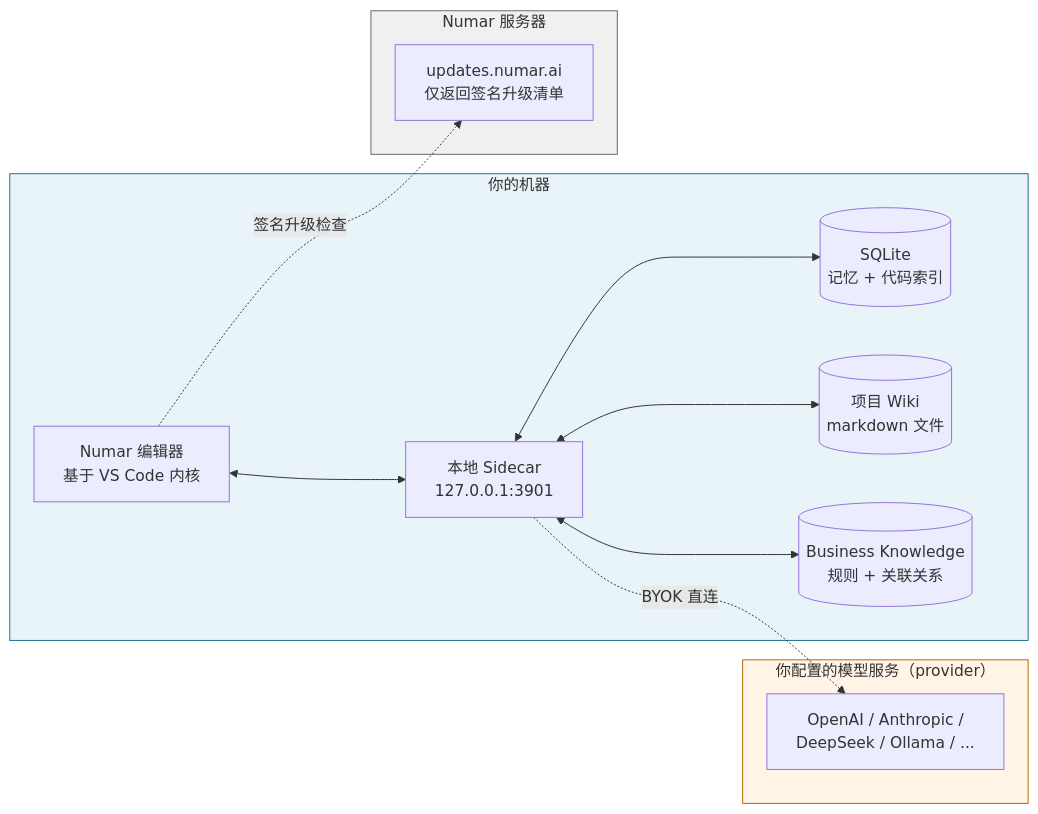
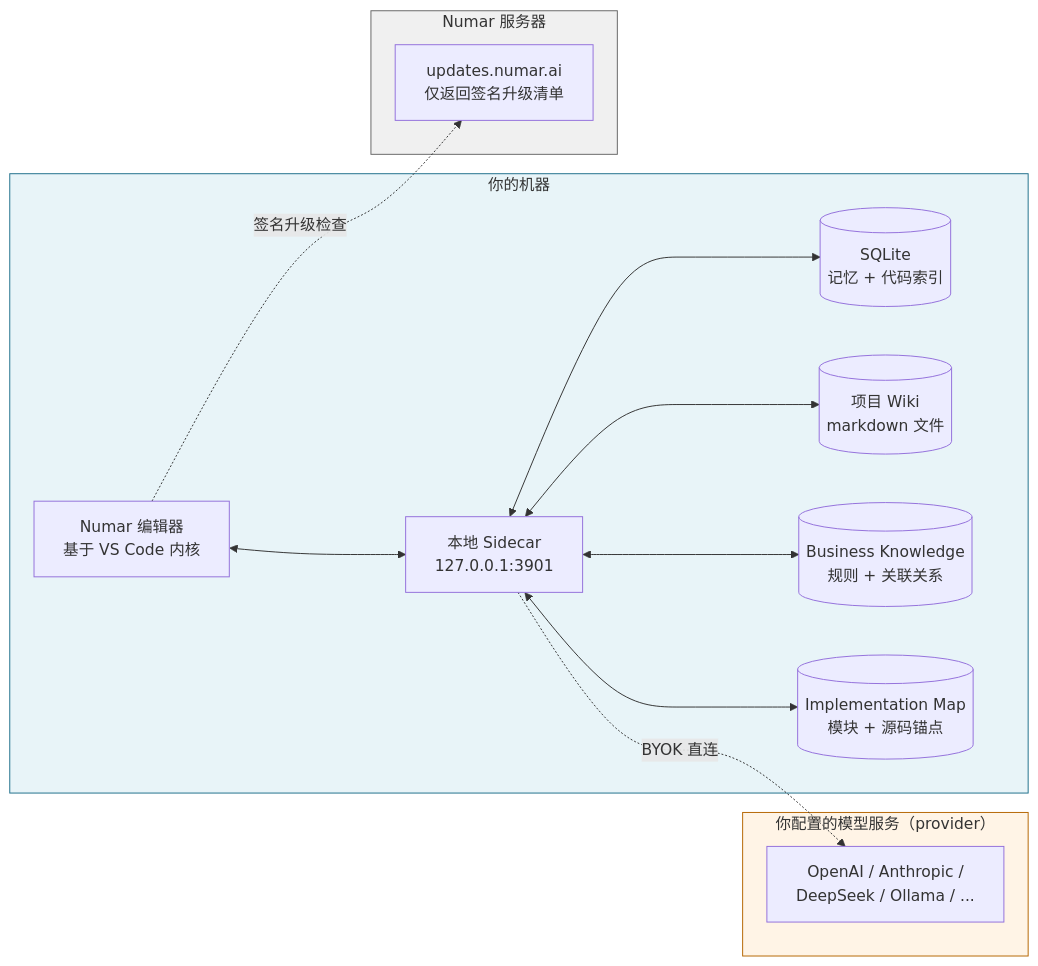
One commit to NumarAI/numar-releases changed the first of 3 diagrams in README.zh-CN.md. Above: the diagram before and after it, drawn with Mermaid. The commit also changed other lines of this file, not shown here.

Commit message:
docs: refresh zh-CN README for v0.1.33 (map, status bar, investigation grouping)

````diff
--- a/README.zh-CN.md
+++ b/README.zh-CN.md
@@ -66,33 +69,35 @@
 ```mermaid
 graph LR
     subgraph YourMachine["你的机器"]
         Editor[Numar 编辑器<br/>基于 VS Code 内核]
         Sidecar[本地 Sidecar<br/>127.0.0.1:3901]
         SQLite[(SQLite<br/>记忆 + 代码索引)]
         Wiki[(项目 Wiki<br/>markdown 文件)]
         BusinessKnowledge[(Business Knowledge<br/>规则 + 关联关系)]
+        ImplementationMap[(Implementation Map<br/>模块 + 源码锚点)]
         Editor <--> Sidecar
         Sidecar <--> SQLite
         Sidecar <--> Wiki
         Sidecar <--> BusinessKnowledge
+        Sidecar <--> ImplementationMap
     end
 
     subgraph YourProvider["你配置的模型服务（provider）"]
         LLM[OpenAI / Anthropic /<br/>DeepSeek / Ollama / ...]
     end
 
     Sidecar -.BYOK 直连.-> LLM
 
     subgraph NumarServers["Numar 服务器"]
         UpdateServer[updates.numar.ai<br/>仅返回签名升级清单]
     end
 
     Editor -.签名升级检查.-> UpdateServer
 
     classDef yours fill:#e8f4f8,stroke:#1f6f8b
     classDef provider fill:#fff4e6,stroke:#b56500
     classDef ours fill:#f0f0f0,stroke:#666
     class YourMachine yours
     class YourProvider provider
     class NumarServers ours
 ```
````
